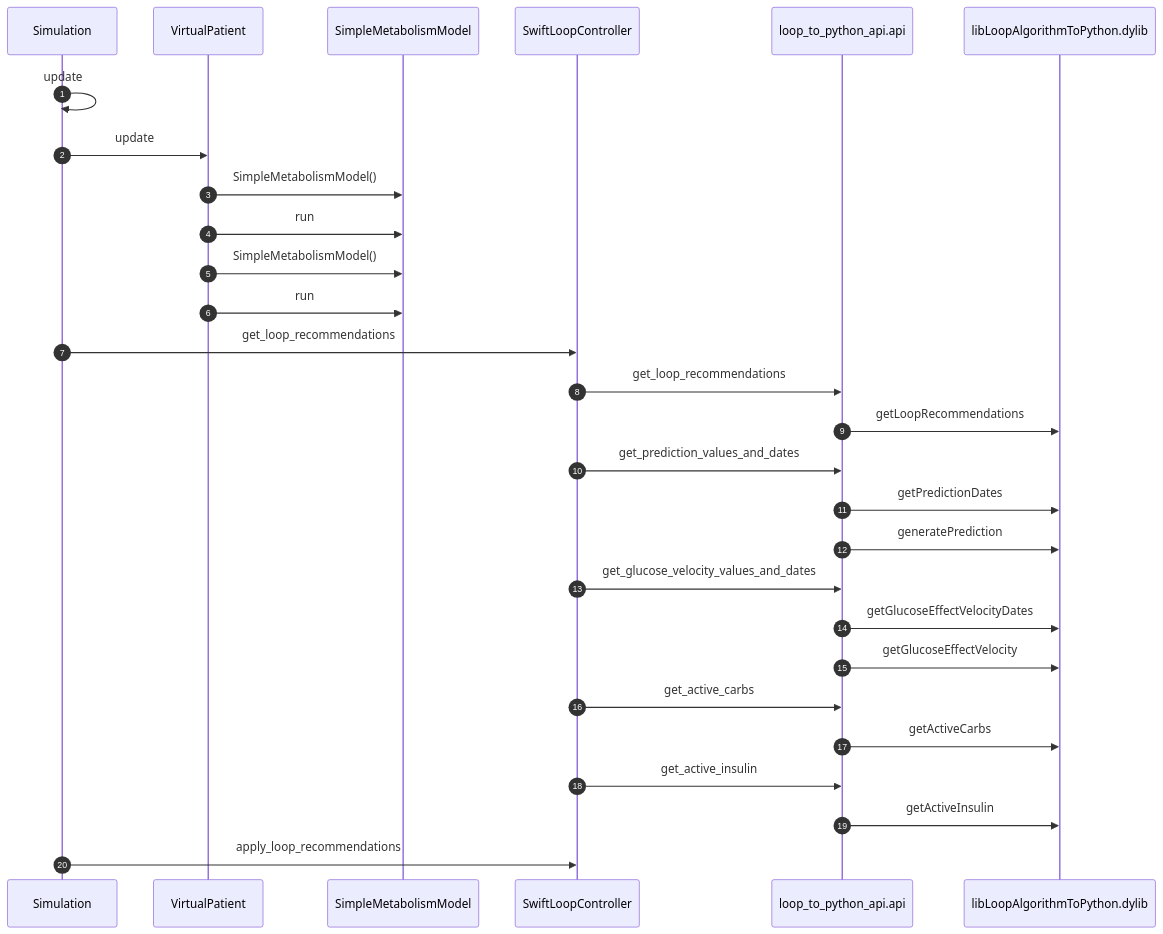
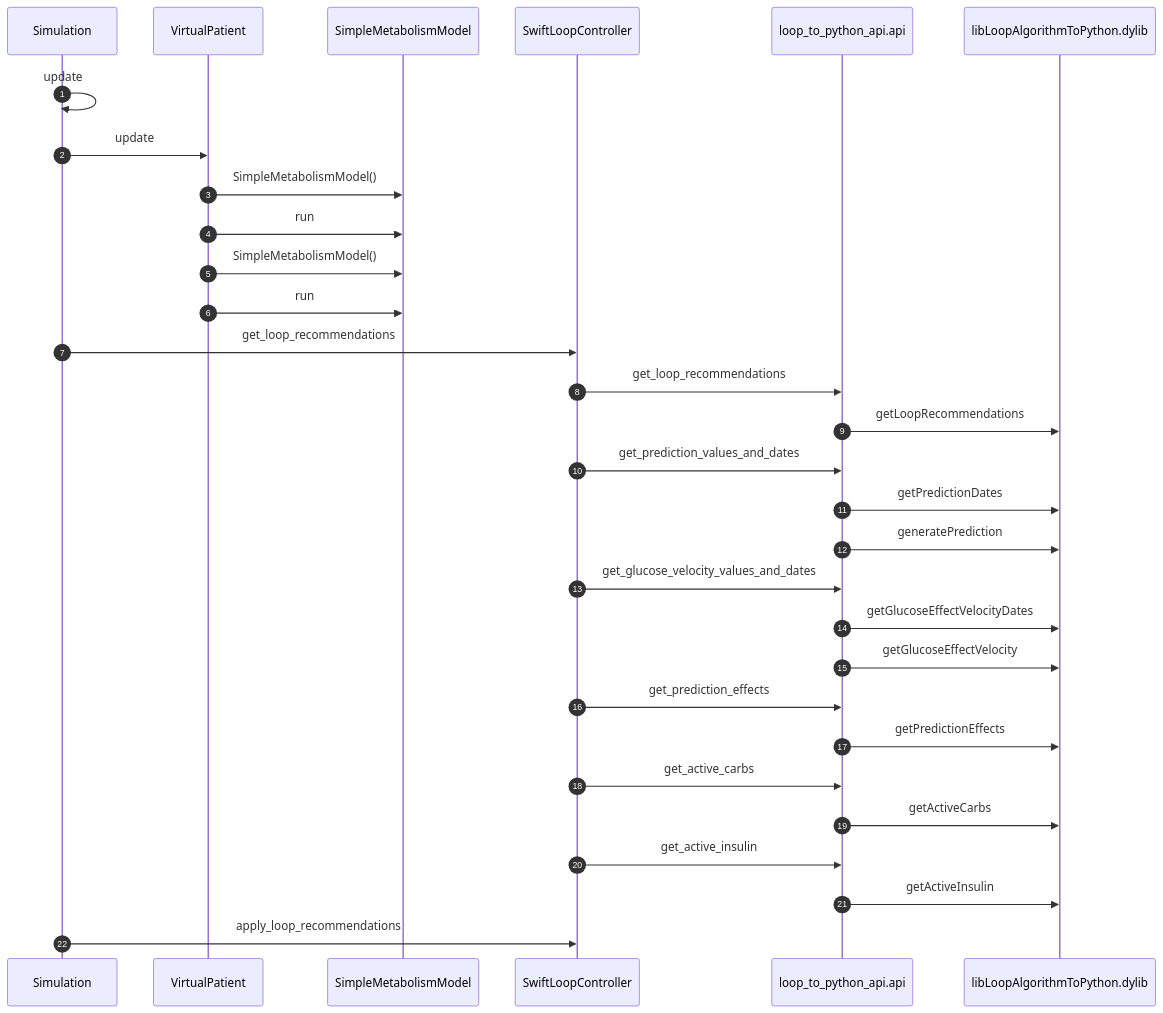
Before and after one commit to tidepool-org/data-science-simulator: the diagram in .docs/architecture/TLR-549/loop_pa/timestep_sequence.mmd, drawn with Mermaid. The commit also changed 21 other files, not shown here.

First line of the commit message:
[chore] TRSET-57: regenerate diagramgen figures against current main

```diff
--- a/.docs/architecture/TLR-549/loop_pa/timestep_sequence.mmd
+++ b/.docs/architecture/TLR-549/loop_pa/timestep_sequence.mmd
@@ -1,51 +1,53 @@
 %% Generated by tidepool_data_science_simulator.diagramgen v1.0.0
 %% Do not edit by hand. Regenerate with:
 %%     python -m tidepool_data_science_simulator.diagramgen
 %% Drift gate: python -m tidepool_data_science_simulator.diagramgen --check
 %% --
 %% This figure records cross-package calls OBSERVED during a real, in-process run
 %% of the scenario named below. It is evidence of executed behavior, not an
 %% assertion about permitted structure.
 %% --
 %% scenario: scenario_configs/tidepool_risk_v2/loop_risk_v2_0/loop_risk_v2_2_0_full/TLR-549/Simulation-Configuration-TLR-549_30_median_profile_v1.json
-%% generated (UTC): 2026-10-01T19:59:08.852894+00:00
+%% generated (UTC): 2026-10-02T18:05:19.723695+00:00
 %% allowlist sha256: 43824f058c9c1df26be14e0e31e3313ef481efbcda4ebf897429fd44a8448744
 %% --
 %% package provenance:
 %%     loop_to_python_api: 38408b1786abfc1997c13185249d47248d4453a9 (dirty)
 %%     tidepool_data_science_metrics: no git working tree; distribution version 0.1.1
 %%     tidepool_data_science_models: 0c5b809e2a4a4eef79851b24a8820b4b4748ddb6 (dirty)
-%%     tidepool_data_science_simulator: 08111985e7e84574b2b34799db5d791d666c002c (dirty)
+%%     tidepool_data_science_simulator: 5307af7eabd9a5083f6ddcb7f98edff700ddceff (dirty)
 %% stage: post-Loop-WithMitigations_t1_median
 %% sequence cycle rule: first-recommendation
 %% control cycle: first one at which the controller returned a non-empty recommendation (timestep index 0)
 
 sequenceDiagram
     autonumber
     participant nec281b1ffd as Simulation
     participant n90d2281816 as VirtualPatient
     participant nbf33d0b2b9 as SimpleMetabolismModel
     participant n9ab6438beb as SwiftLoopController
     participant n7ba8183db9 as loop_to_python_api.api
     participant ncd9406fc74 as libLoopAlgorithmToPython.dylib
 
     nec281b1ffd ->> nec281b1ffd: update
     nec281b1ffd ->> n90d2281816: update
     n90d2281816 ->> nbf33d0b2b9: SimpleMetabolismModel()
     n90d2281816 ->> nbf33d0b2b9: run
     n90d2281816 ->> nbf33d0b2b9: SimpleMetabolismModel()
     n90d2281816 ->> nbf33d0b2b9: run
     nec281b1ffd ->> n9ab6438beb: get_loop_recommendations
     n9ab6438beb ->> n7ba8183db9: get_loop_recommendations
     n7ba8183db9 ->> ncd9406fc74: getLoopRecommendations
     n9ab6438beb ->> n7ba8183db9: get_prediction_values_and_dates
     n7ba8183db9 ->> ncd9406fc74: getPredictionDates
     n7ba8183db9 ->> ncd9406fc74: generatePrediction
     n9ab6438beb ->> n7ba8183db9: get_glucose_velocity_values_and_dates
     n7ba8183db9 ->> ncd9406fc74: getGlucoseEffectVelocityDates
     n7ba8183db9 ->> ncd9406fc74: getGlucoseEffectVelocity
+    n9ab6438beb ->> n7ba8183db9: get_prediction_effects
+    n7ba8183db9 ->> ncd9406fc74: getPredictionEffects
     n9ab6438beb ->> n7ba8183db9: get_active_carbs
     n7ba8183db9 ->> ncd9406fc74: getActiveCarbs
     n9ab6438beb ->> n7ba8183db9: get_active_insulin
     n7ba8183db9 ->> ncd9406fc74: getActiveInsulin
     nec281b1ffd ->> n9ab6438beb: apply_loop_recommendations
```
